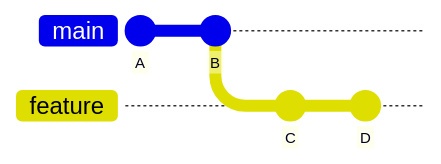
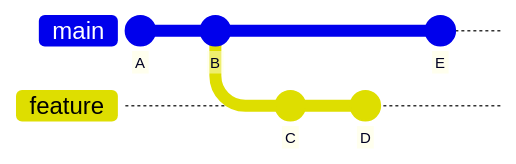
One commit to kwaka1208/zenn changed the first of 4 diagrams in books/git-github-tutorial/12_merge.md. Above: the diagram before and after it, drawn with Mermaid. The commit also changed other lines of this file and 17 other files, not shown here.

````diff
--- a/books/git-github-tutorial/12_merge.md
+++ b/books/git-github-tutorial/12_merge.md
@@ -15,10 +15,12 @@
 ```mermaid
 %%{init: {'gitGraph': {'rotateCommitLabel': false}}}%%
 gitGraph
     commit id: "A"
     commit id: "B"
     branch feature
     checkout feature
     commit id: "C"
     commit id: "D"
+    checkout main
+    commit id: "E"
 ```
````
